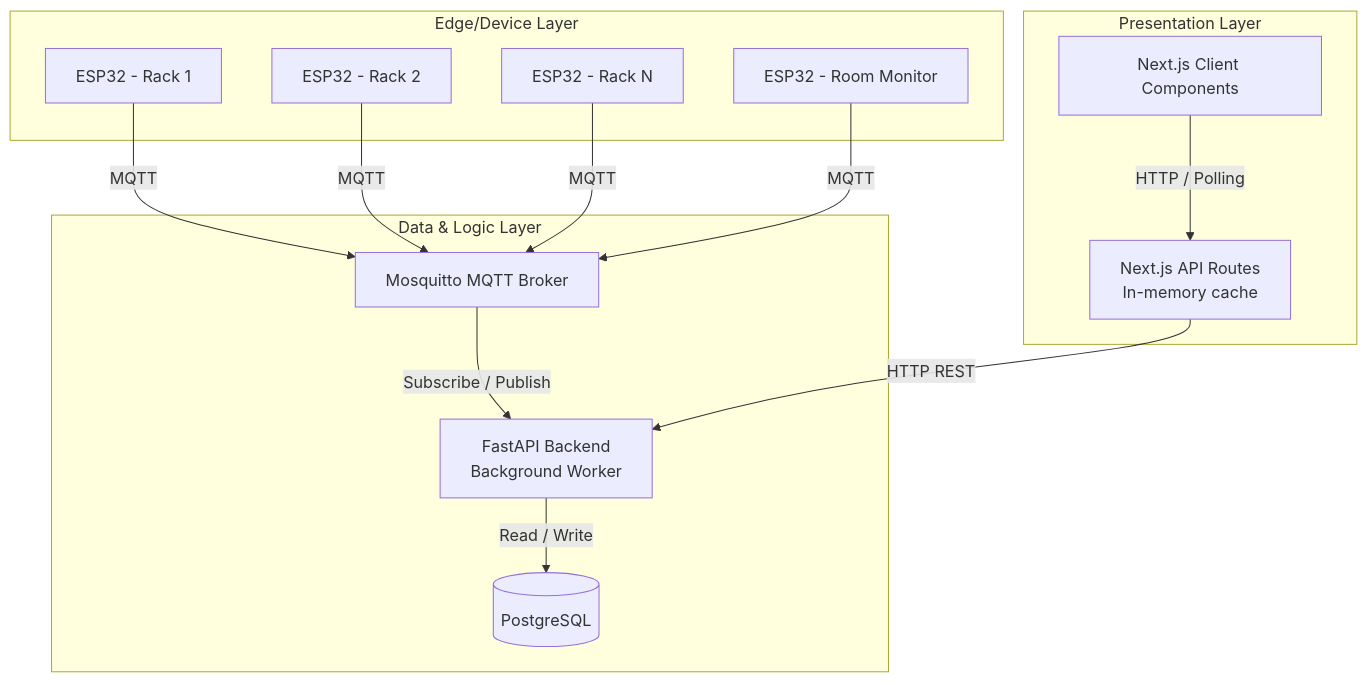
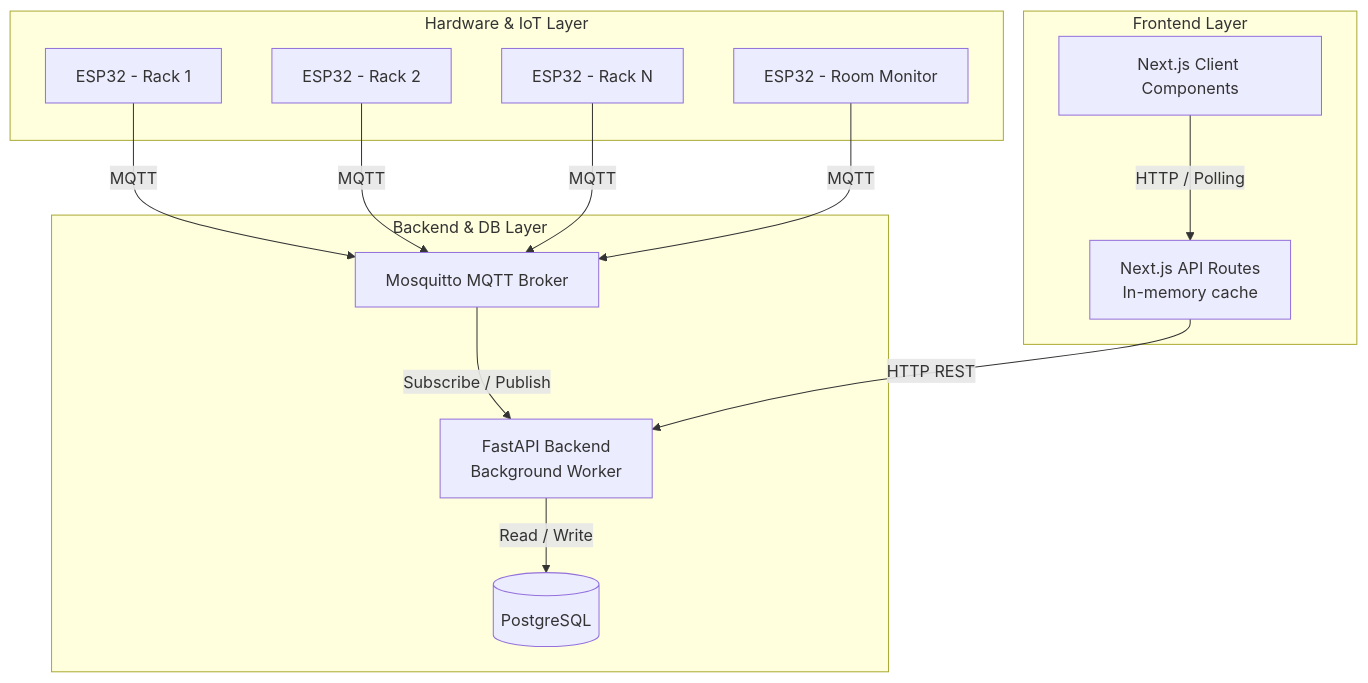
One commit to Hidroponic-UMN/smart-farming-lab changed the first of 2 diagrams in technical_documentation.md. Above: the diagram before and after it, drawn with Mermaid. The commit also changed other lines of this file and 22 other files, not shown here.

````diff
--- a/technical_documentation.md
+++ b/technical_documentation.md
@@ -20,33 +52,33 @@
 ```mermaid
 graph TD
     %% Define Layers
-    subgraph Edge Layer [Edge/Device Layer]
+    subgraph Edge Layer [Hardware & IoT Layer]
         ESP_1[ESP32 - Rack 1]
         ESP_2[ESP32 - Rack 2]
         ESP_N[ESP32 - Rack N]
         ESP_Room[ESP32 - Room Monitor]
     end
 
-    subgraph Data & Logic Layer [Data & Logic Layer]
+    subgraph Data & Logic Layer [Backend & DB Layer]
         MQTT[Mosquitto MQTT Broker]
         BE[FastAPI Backend\nBackground Worker]
         DB[(PostgreSQL)]
     end
 
-    subgraph Presentation Layer [Presentation Layer]
+    subgraph Presentation Layer [Frontend Layer]
         FE_API[Next.js API Routes\nIn-memory cache]
         FE_UI[Next.js Client Components]
     end
 
     %% Connections
     ESP_1 -- MQTT --> MQTT
     ESP_2 -- MQTT --> MQTT
     ESP_N -- MQTT --> MQTT
     ESP_Room -- MQTT --> MQTT
 
     MQTT -- Subscribe / Publish --> BE
     BE -- Read / Write --> DB
 
     FE_API -- HTTP REST --> BE
     FE_UI -- HTTP / Polling --> FE_API
 ```
````
